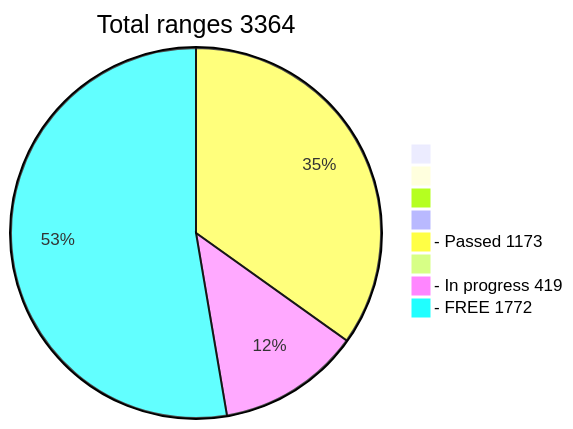
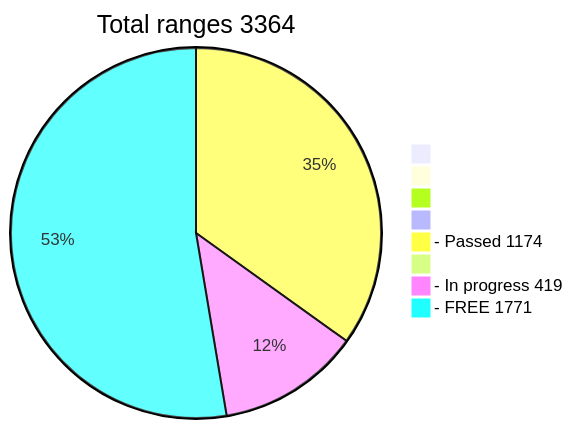
Before and after one commit to phrutis/wif500: the diagram in README.md, drawn with Mermaid.

````diff
--- a/README.md
+++ b/README.md
@@ -16,12 +16,12 @@
 ```mermaid
 pie title Total ranges 3364
              " " : 0
             "  " : 0
            "   " : 0
           "    " : 0
-  "- Passed 1173" : 1173
+  "- Passed 1174" : 1174
          "     " : 0
   "- In progress 419" : 419
-   "- FREE 1772" : 1772
+   "- FREE 1771" : 1771
    
 ```
````
